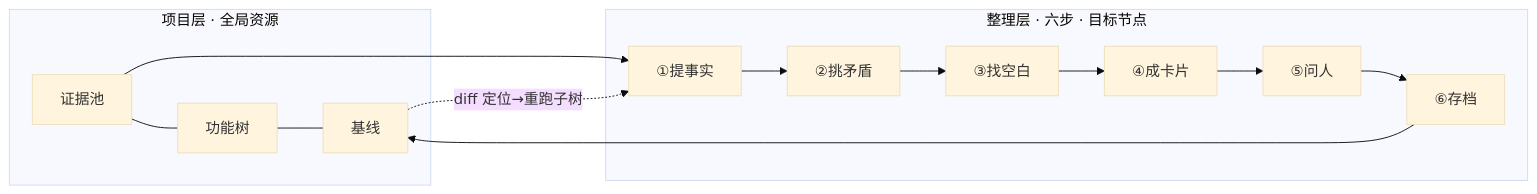
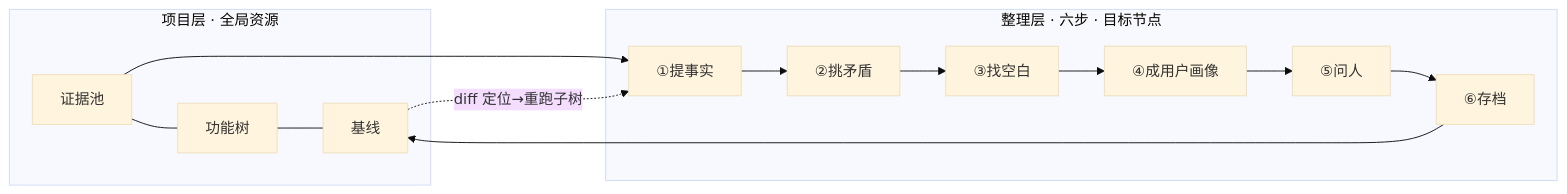
Before and after one commit to wangk123/QuOS: the diagram in docs/specs/2026-09-23-reqspec-design.md, drawn with Mermaid (base theme). The commit also changed other lines of this file and 46 other files, not shown here.

````diff
--- a/docs/specs/2026-09-23-reqspec-design.md
+++ b/docs/specs/2026-09-23-reqspec-design.md
@@ -19,12 +19,12 @@
 ```mermaid
 flowchart LR
     subgraph 项目层[项目层 · 全局资源]
       A[证据池] --- T[功能树] --- G[基线]
     end
     subgraph 整理层[整理层 · 六步 · 目标节点]
-      B[①提事实] --> C[②挑矛盾] --> D[③找空白] --> E[④成卡片] --> F[⑤问人] --> H[⑥存档]
+      B[①提事实] --> C[②挑矛盾] --> D[③找空白] --> E[④成用户画像] --> F[⑤问人] --> H[⑥存档]
     end
     A --> B
     H --> G
     G -.->|diff 定位→重跑子树| B
 ```
````
